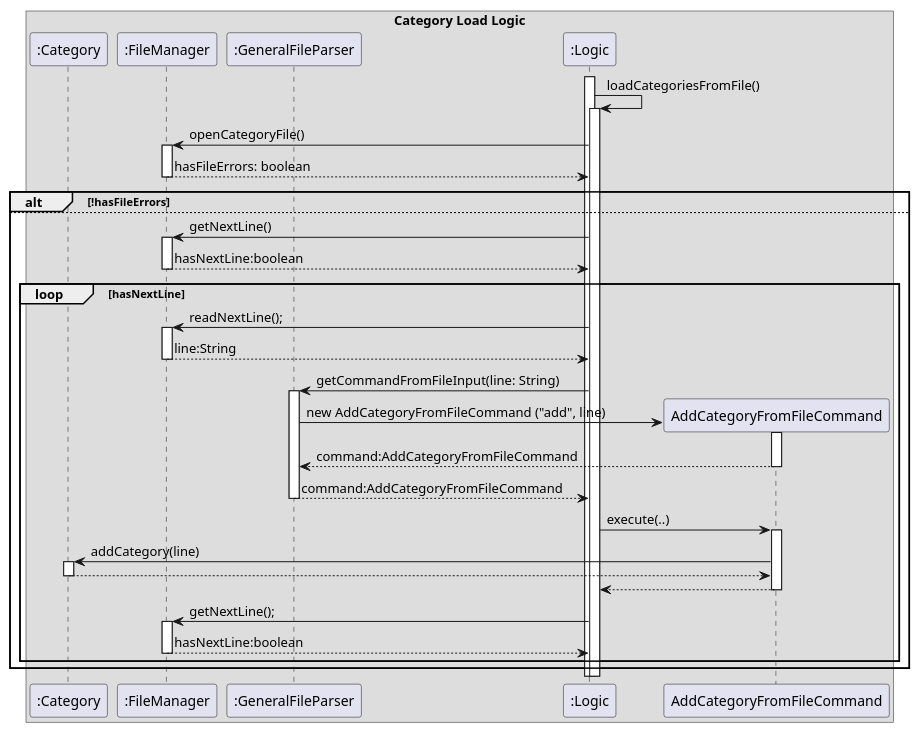
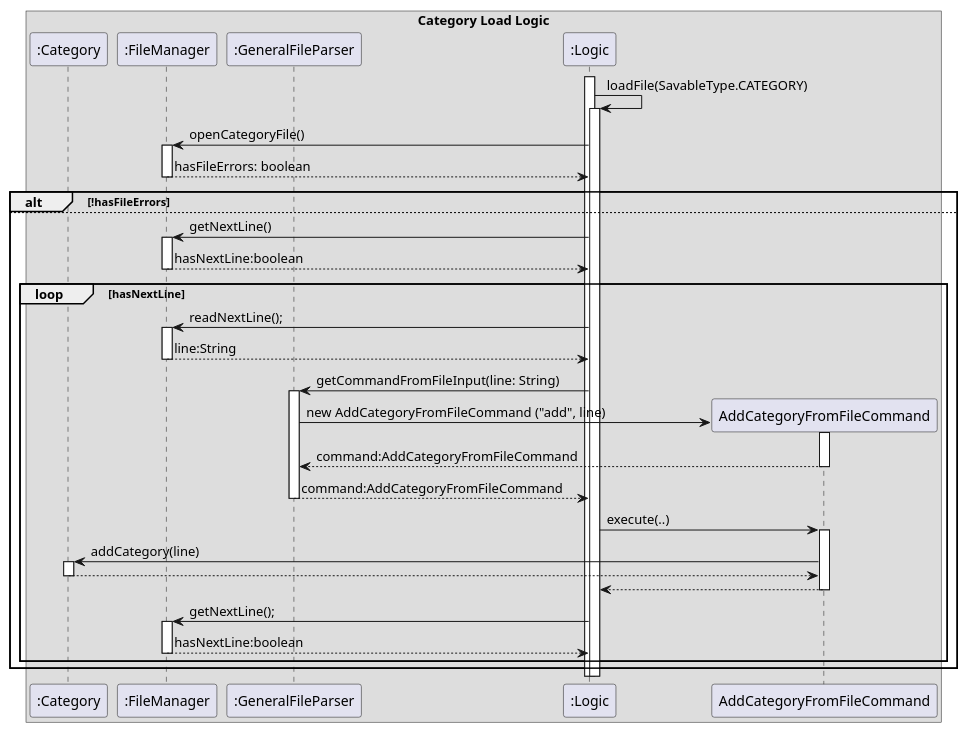
Before and after one commit to JianJiaT/tp: the diagram in docs/team/UML_Files/category_load_sequence.puml, drawn with PlantUML. The commit also changed 1 other file, not shown here.

Commit message:
Edit DG Modified category load sequence diagram (function naming)

```diff
--- a/docs/team/UML_Files/category_load_sequence.puml
+++ b/docs/team/UML_Files/category_load_sequence.puml
@@ -1,53 +1,53 @@
 @startuml
 
 box Category Load Logic
 
 participant ":Category" as category
 participant ":FileManager" as fileManager
 participant ":GeneralFileParser" as generalFileParser
 participant ":Logic" as logic
 
 activate logic
-logic -> logic: loadCategoriesFromFile()
+logic -> logic: loadFile(SavableType.CATEGORY)
 activate logic
 logic -> fileManager: openCategoryFile()
 activate fileManager
 fileManager -[dashed]-> logic: hasFileErrors: boolean
 deactivate fileManager
     alt !hasFileErrors
     else
         logic -> fileManager : getNextLine()
         activate fileManager
         fileManager -[dashed]-> logic : hasNextLine:boolean
         deactivate fileManager
         loop hasNextLine
             logic -> fileManager : readNextLine();
             activate fileManager
             fileManager -[dashed]-> logic : line:String
             deactivate fileManager
             logic -> generalFileParser : getCommandFromFileInput(line: String)
             activate generalFileParser
             create AddCategoryFromFileCommand
             generalFileParser -> AddCategoryFromFileCommand: new AddCategoryFromFileCommand ("add", line)
             activate AddCategoryFromFileCommand
             AddCategoryFromFileCommand --> generalFileParser: command:AddCategoryFromFileCommand
             deactivate AddCategoryFromFileCommand
             generalFileParser --> logic : command:AddCategoryFromFileCommand
             deactivate generalFileParser
             logic -> AddCategoryFromFileCommand : execute(..)
             activate AddCategoryFromFileCommand
             AddCategoryFromFileCommand -> category : addCategory(line)
             activate category
             category -[dashed]-> AddCategoryFromFileCommand
             deactivate
             AddCategoryFromFileCommand -[dashed]-> logic
             deactivate AddCategoryFromFileCommand
             logic -> fileManager : getNextLine();
             activate fileManager
             fileManager -[dashed]-> logic : hasNextLine:boolean
             deactivate fileManager
 
         end
     end
 end box
 @enduml
```
